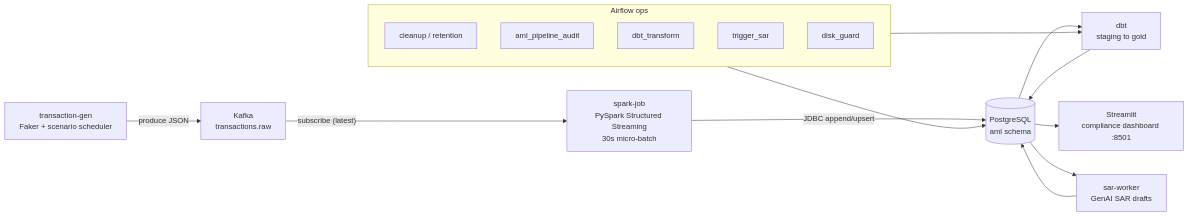
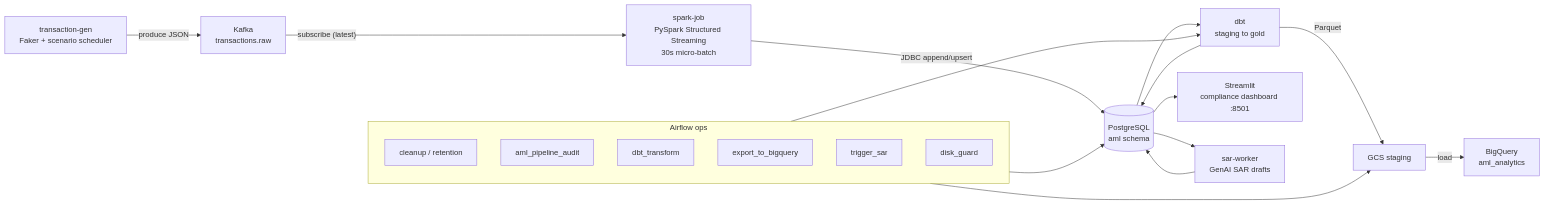
The diagram in README.md (utkuefeakdogan/alpha-aml-platform), drawn with Mermaid before and after one commit. The commit also changed other lines of this file and 9 other files, not shown here.

First line of the commit message:
Add Postgres Gold → GCS → BigQuery export bridge

````diff
--- a/README.md
+++ b/README.md
@@ -33,22 +33,26 @@
 ```mermaid
 flowchart LR
   gen["transaction-gen<br/>Faker + scenario scheduler"] -->|"produce JSON"| kafka["Kafka<br/>transactions.raw"]
   kafka -->|"subscribe (latest)"| spark["spark-job<br/>PySpark Structured Streaming<br/>30s micro-batch"]
   spark -->|"JDBC append/upsert"| pg[("PostgreSQL<br/>aml schema")]
   pg --> dbt["dbt<br/>staging to gold"]
   pg --> ui["Streamlit<br/>compliance dashboard :8501"]
   pg --> sar["sar-worker<br/>GenAI SAR drafts"]
   dbt --> pg
   sar --> pg
+  dbt -->|"Parquet"| gcs["GCS staging"]
+  gcs -->|"load"| bq["BigQuery<br/>aml_analytics"]
 
   subgraph orchestration [Airflow ops]
     direction TB
     a1["cleanup / retention"]
     a2["aml_pipeline_audit"]
     a3["dbt_transform"]
-    a4["trigger_sar"]
-    a5["disk_guard"]
+    a4["export_to_bigquery"]
+    a5["trigger_sar"]
+    a6["disk_guard"]
   end
   orchestration --> pg
   orchestration --> dbt
+  orchestration --> gcs
 ```
````
